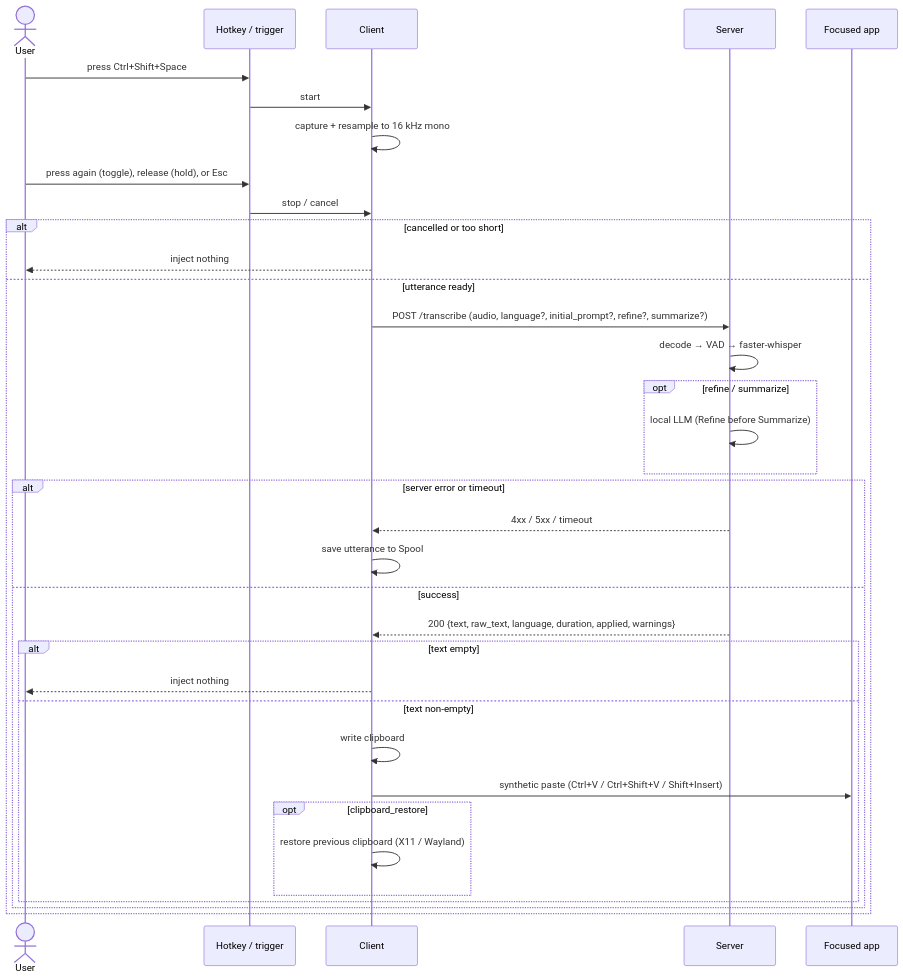
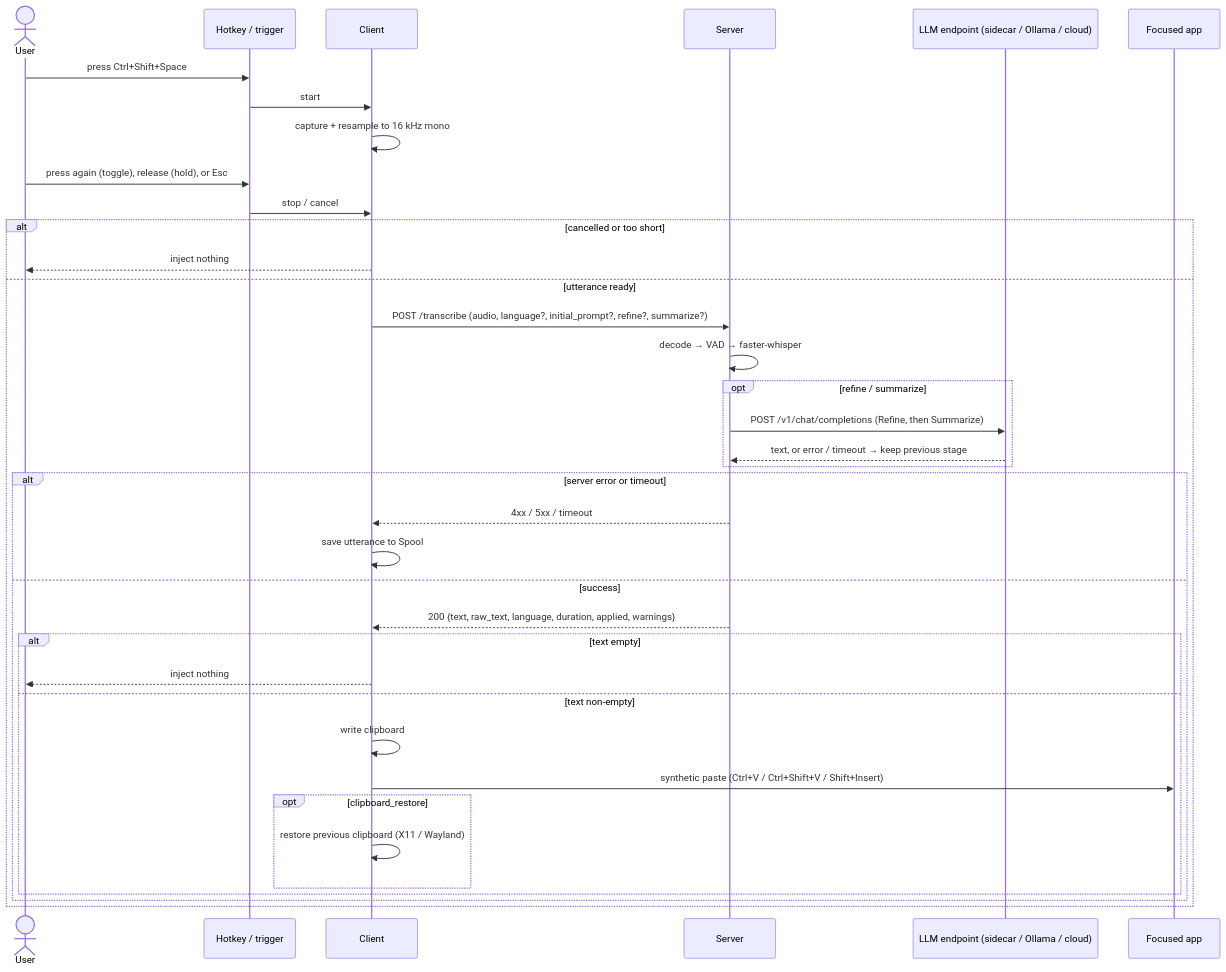
The second of 2 diagrams in README.md (FoxRed-cmd/kitsune-whisper), drawn with Mermaid before and after one commit. The commit also changed other lines of this file and 15 other files, not shown here.

First line of the commit message:
Server: post-processing over an OpenAI-compatible endpoint (#35) (#40)

````diff
--- a/README.md
+++ b/README.md
@@ -79,39 +97,41 @@
 ```mermaid
 sequenceDiagram
     actor User
     participant T as Hotkey / trigger
     participant C as Client
     participant S as Server
+    participant L as LLM endpoint (sidecar / Ollama / cloud)
     participant App as Focused app
 
     User->>T: press Ctrl+Shift+Space
     T->>C: start
     C->>C: capture + resample to 16 kHz mono
     User->>T: press again (toggle), release (hold), or Esc
     T->>C: stop / cancel
 
     alt cancelled or too short
         C-->>User: inject nothing
     else utterance ready
         C->>S: POST /transcribe (audio, language?, initial_prompt?, refine?, summarize?)
         S->>S: decode → VAD → faster-whisper
         opt refine / summarize
-            S->>S: local LLM (Refine before Summarize)
+            S->>L: POST /v1/chat/completions (Refine, then Summarize)
+            L-->>S: text, or error / timeout → keep previous stage
         end
         alt server error or timeout
             S-->>C: 4xx / 5xx / timeout
             C->>C: save utterance to Spool
         else success
             S-->>C: 200 {text, raw_text, language, duration, applied, warnings}
             alt text empty
                 C-->>User: inject nothing
             else text non-empty
                 C->>C: write clipboard
                 C->>App: synthetic paste (Ctrl+V / Ctrl+Shift+V / Shift+Insert)
                 opt clipboard_restore
                     C->>C: restore previous clipboard (X11 / Wayland)
                 end
             end
         end
     end
 ```
````
